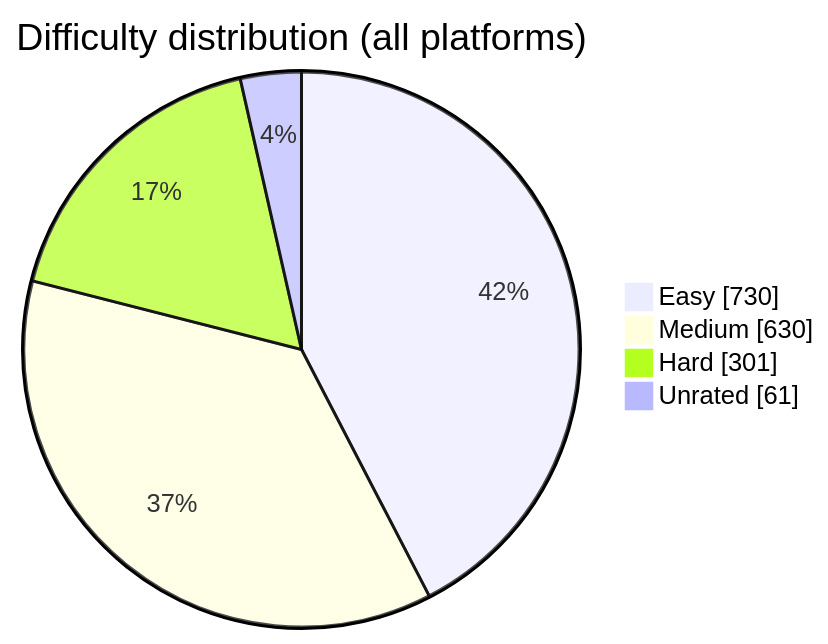
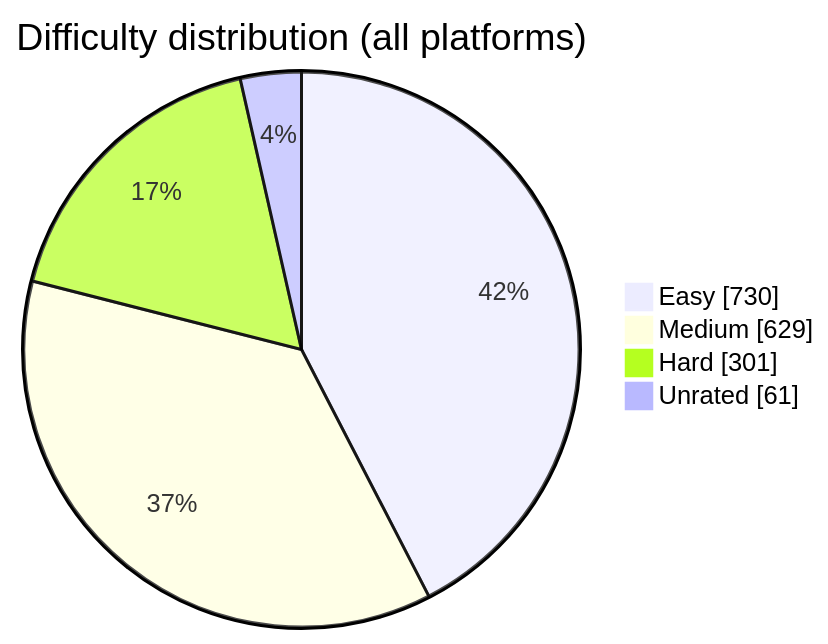
One commit to BuildbyArindam/Daily-Coding-Log changed the diagram in README.md. Above: the diagram before and after it, drawn with Mermaid. The commit also changed other lines of this file, not shown here.

````diff
--- a/README.md
+++ b/README.md
@@ -93,7 +93,7 @@
 ```mermaid
 pie showData title Difficulty distribution (all platforms)
     "Easy" : 730
-    "Medium" : 630
+    "Medium" : 629
     "Hard" : 301
     "Unrated" : 61
 ```
````
